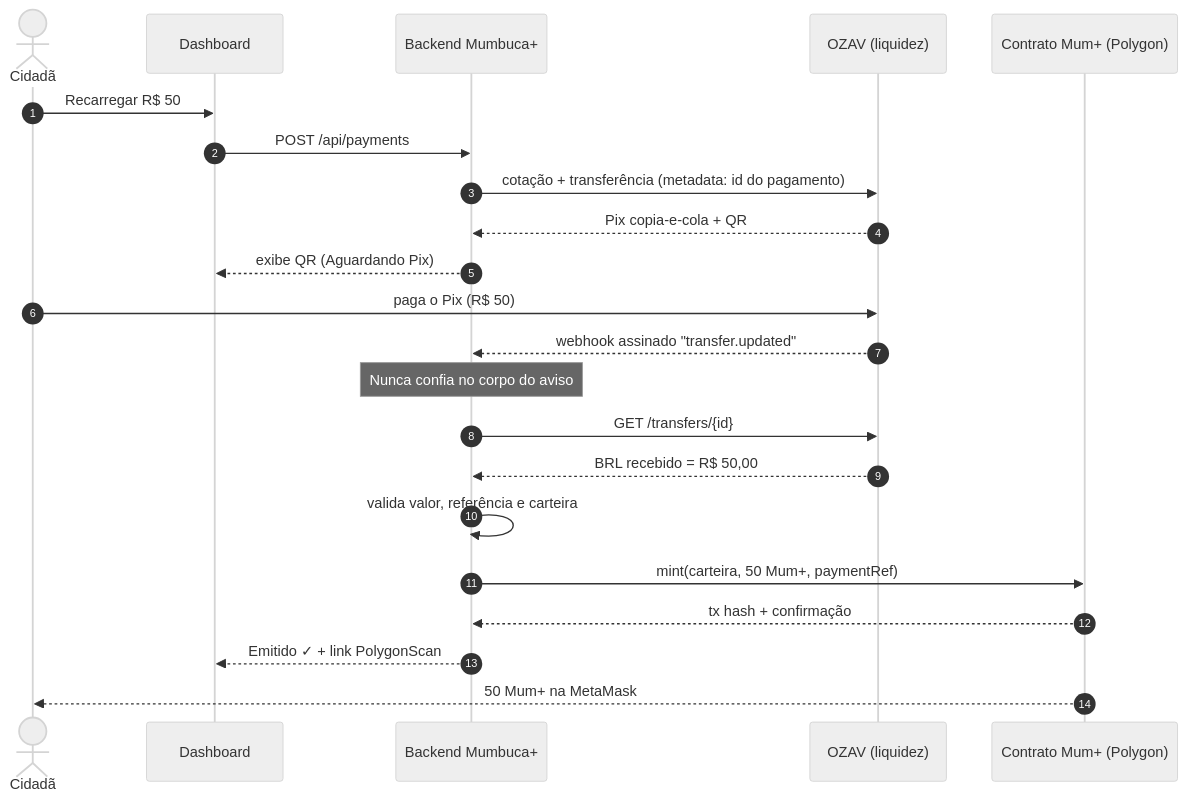
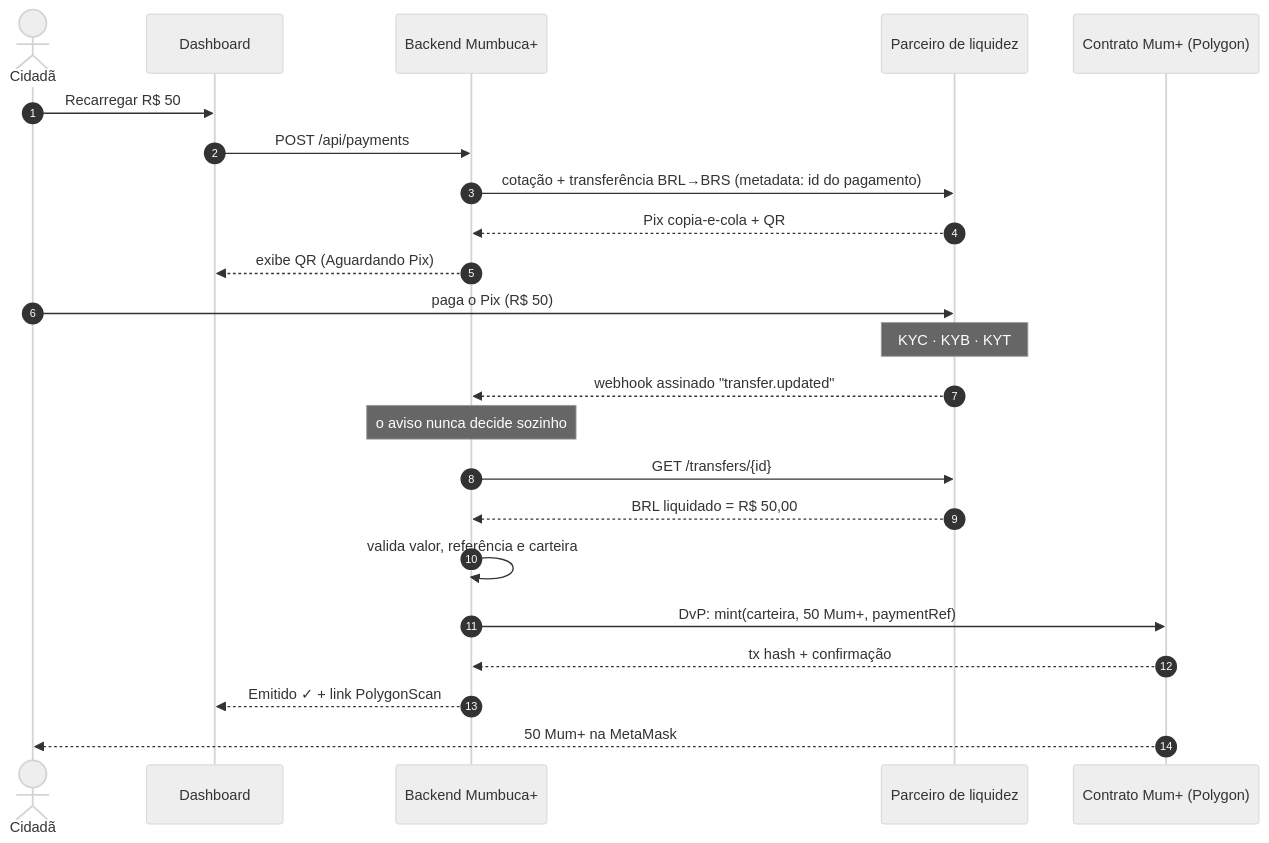
One commit to Peragus01/Mumbuca-plus changed the third of 4 diagrams in README.md. Above: the diagram before and after it, drawn with Mermaid (neutral theme). The commit also changed other lines of this file and 1 other file, not shown here.

````diff
--- a/README.md
+++ b/README.md
@@ -187,25 +213,26 @@
 ```mermaid
 sequenceDiagram
     autonumber
     actor Cidada as Cidadã
     participant Dash as Dashboard
     participant API as Backend Mumbuca+
-    participant OZAV as OZAV (liquidez)
+    participant LP as Parceiro de liquidez
     participant SC as Contrato Mum+ (Polygon)
 
     Cidada->>Dash: Recarregar R$ 50
     Dash->>API: POST /api/payments
-    API->>OZAV: cotação + transferência (metadata: id do pagamento)
-    OZAV-->>API: Pix copia-e-cola + QR
+    API->>LP: cotação + transferência BRL→BRS (metadata: id do pagamento)
+    LP-->>API: Pix copia-e-cola + QR
     API-->>Dash: exibe QR (Aguardando Pix)
-    Cidada->>OZAV: paga o Pix (R$ 50)
-    OZAV-->>API: webhook assinado "transfer.updated"
-    Note over API: Nunca confia no corpo do aviso
-    API->>OZAV: GET /transfers/{id}
-    OZAV-->>API: BRL recebido = R$ 50,00
+    Cidada->>LP: paga o Pix (R$ 50)
+    Note over LP: KYC · KYB · KYT
+    LP-->>API: webhook assinado "transfer.updated"
+    Note over API: o aviso nunca decide sozinho
+    API->>LP: GET /transfers/{id}
+    LP-->>API: BRL liquidado = R$ 50,00
     API->>API: valida valor, referência e carteira
-    API->>SC: mint(carteira, 50 Mum+, paymentRef)
+    API->>SC: DvP: mint(carteira, 50 Mum+, paymentRef)
     SC-->>API: tx hash + confirmação
     API-->>Dash: Emitido ✓ + link PolygonScan
     SC-->>Cidada: 50 Mum+ na MetaMask
 ```
````
